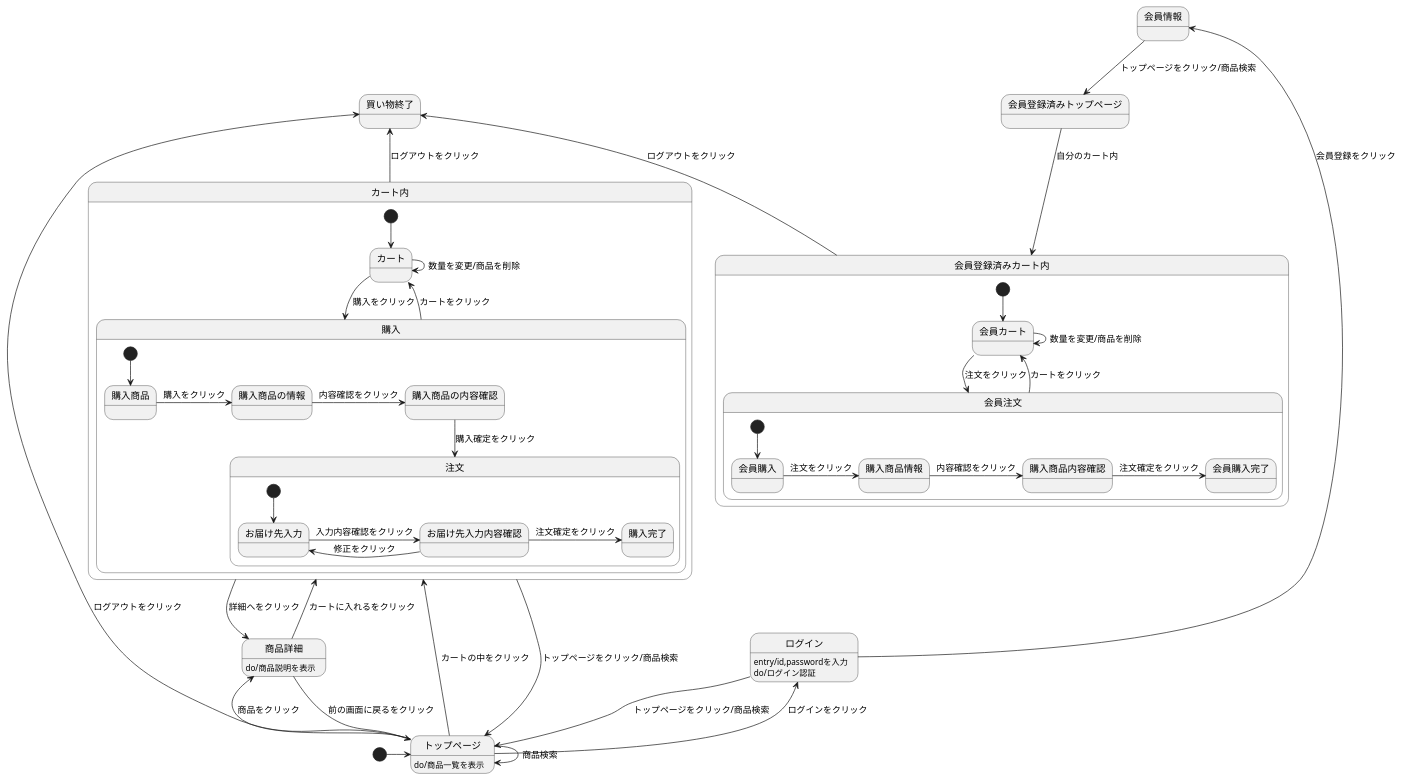
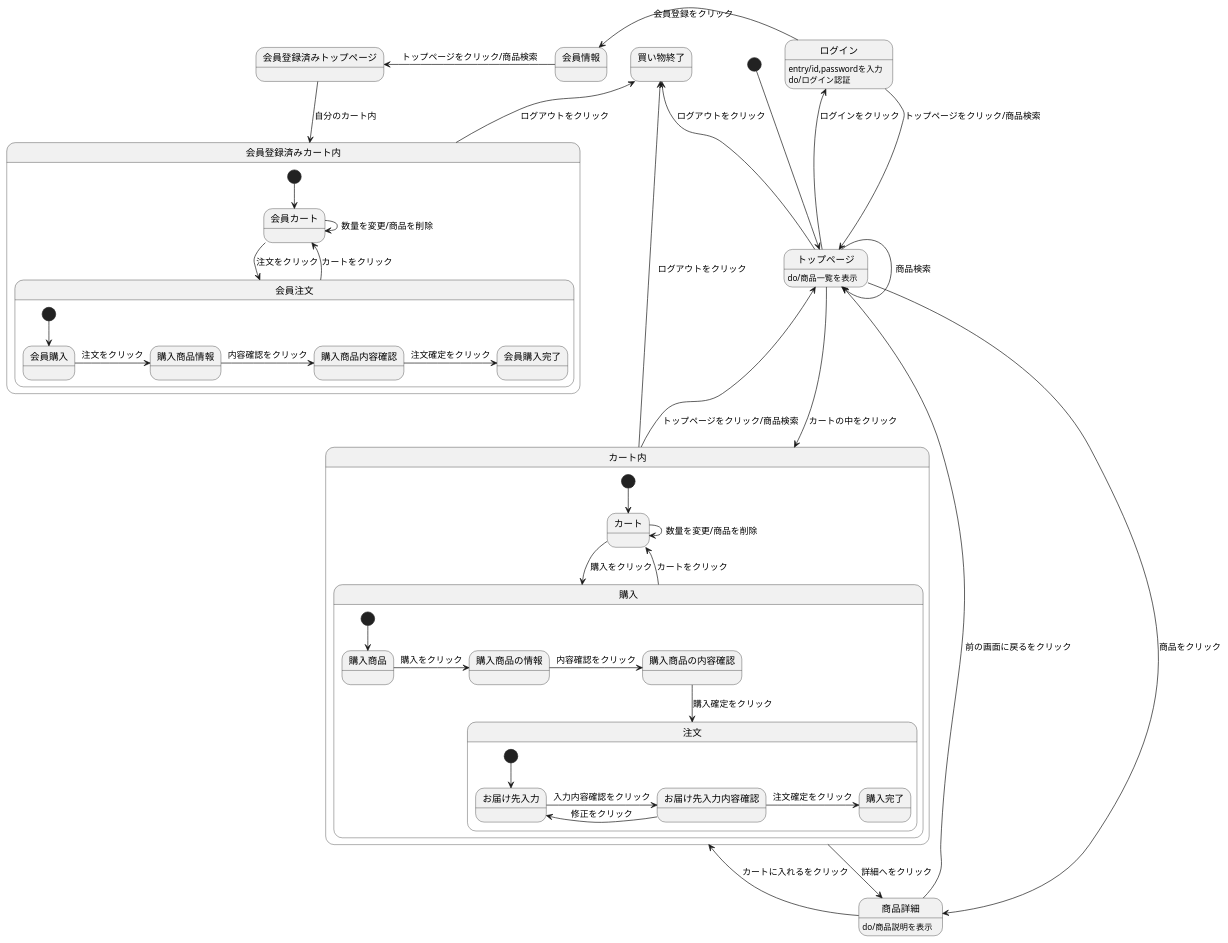
The diagram in create 12.md (Aso2001140/2012sys-design), drawn with PlantUML before and after one commit.

Commit message:
Create create 12.md

````diff
--- a/create 12.md
+++ b/create 12.md
@@ -1,56 +1,56 @@
 ```uml
 @startuml
-[*] -> トップページ
-会員情報 --> 会員登録済みトップページ : トップページをクリック/商品検索
-会員登録済みトップページ --> 会員登録済みカート内 : 自分のカート内
+[*] -down-> トップページ
+会員情報 -left-> 会員登録済みトップページ : トップページをクリック/商品検索
+会員登録済みトップページ -down-> 会員登録済みカート内 : 自分のカート内
 ログイン --> トップページ : トップページをクリック/商品検索
 ログイン : entry/id,passwordを入力
 ログイン : do/ログイン認証
-トップページ --> 買い物終了 : ログアウトをクリック
+トップページ -up-> 買い物終了 : ログアウトをクリック
 トップページ -> トップページ : 商品検索
-トップページ -> 商品詳細 : 商品をクリック
+トップページ -down-> 商品詳細 : 商品をクリック
 ログイン -left-> 会員情報 : 会員登録をクリック
 トップページ -left-> ログイン : ログインをクリック
-トップページ --> カート内 : カートの中をクリック
+トップページ -down-> カート内 : カートの中をクリック
 トップページ : do/商品一覧を表示
-商品詳細 --> カート内 : カートに入れるをクリック
+商品詳細 -down-> カート内 : カートに入れるをクリック
 商品詳細 --> トップページ : 前の画面に戻るをクリック
 商品詳細 : do/商品説明を表示
 カート内 -up-> トップページ : トップページをクリック/商品検索
 カート内 -up-> 買い物終了 : ログアウトをクリック
 会員登録済みカート内 -up-> 買い物終了 : ログアウトをクリック
 カート内 -> 商品詳細 : 詳細へをクリック
 
 
 state カート内{
 [*] --> カート
 カート -down-> 購入 : 購入をクリック
 カート -> カート : 数量を変更/商品を削除
 購入 --> カート : カートをクリック
 state 購入{
 [*] --> 購入商品
 購入商品 -> 購入商品の情報 : 購入をクリック
 購入商品の情報 -> 購入商品の内容確認 : 内容確認をクリック
 購入商品の内容確認 -down-> 注文 : 購入確定をクリック
 state 注文{
 [*] --> お届け先入力
 お届け先入力 -> お届け先入力内容確認 : 入力内容確認をクリック
 お届け先入力内容確認 -> お届け先入力 : 修正をクリック
 お届け先入力内容確認 -> 購入完了 : 注文確定をクリック
 }
 }
 }
 state 会員登録済みカート内{
 [*] --> 会員カート
 会員カート -> 会員注文 : 注文をクリック
 会員カート -> 会員カート : 数量を変更/商品を削除
 会員注文 --> 会員カート : カートをクリック
 state 会員注文{
 [*] --> 会員購入
 会員購入 -> 購入商品情報 : 注文をクリック
 購入商品情報 -> 購入商品内容確認 : 内容確認をクリック
 購入商品内容確認 -> 会員購入完了 : 注文確定をクリック
 }
 }
 @enduml
 ```
````
